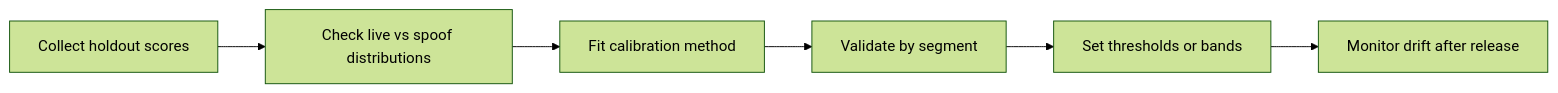
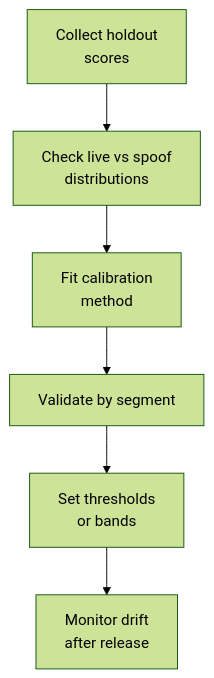
One commit to Nivratti/ekyc-face-liveness-playbook changed the diagram in docs/14-score-calibration-and-thresholding.md. Above: the diagram before and after it, drawn with Mermaid (forest theme). The commit also changed 31 other files, not shown here.

Commit message:
docs: improve mermaid diagram readability by converting wide flows to vertical layouts

````diff
--- a/docs/14-score-calibration-and-thresholding.md
+++ b/docs/14-score-calibration-and-thresholding.md
@@ -50,8 +50,8 @@
 ```mermaid
-flowchart LR
-    A[Collect holdout scores] --> B[Check live vs spoof distributions]
-    B --> C[Fit calibration method]
+flowchart TB
+    A[Collect holdout<br/>scores] --> B[Check live vs spoof<br/>distributions]
+    B --> C[Fit calibration<br/>method]
     C --> D[Validate by segment]
-    D --> E[Set thresholds or bands]
-    E --> F[Monitor drift after release]
+    D --> E[Set thresholds<br/>or bands]
+    E --> F[Monitor drift<br/>after release]
 ```
````
